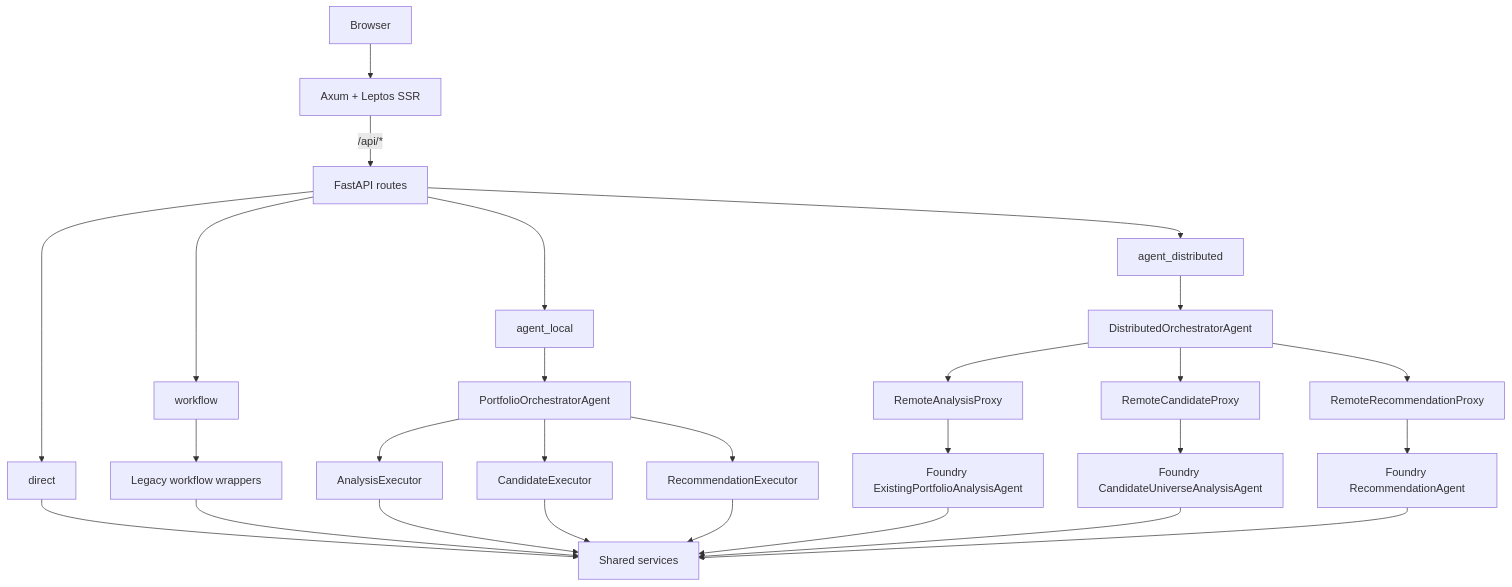
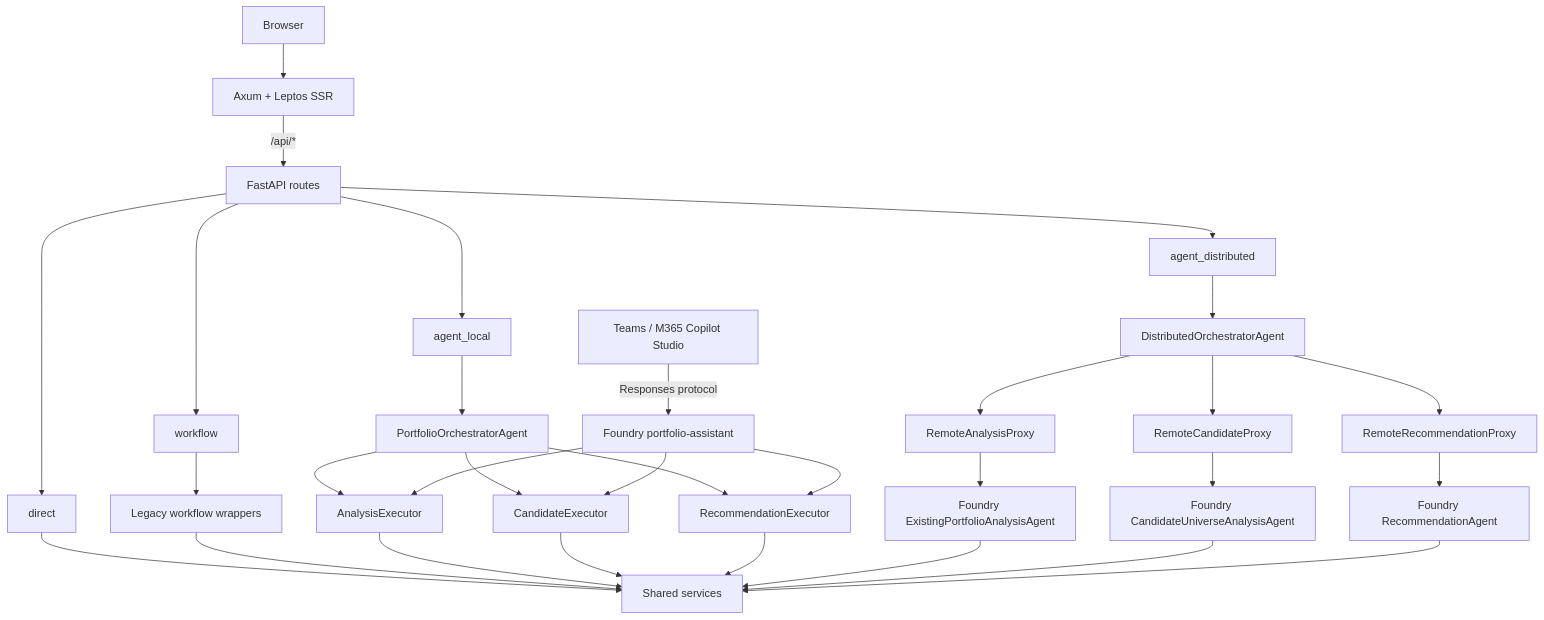
Before and after one commit to jplummer01/portfolio-analysis: the first of 5 diagrams in Documentation/agent-orchestration.md, drawn with Mermaid. The commit also changed 12 other files, not shown here.

````diff
--- a/Documentation/agent-orchestration.md
+++ b/Documentation/agent-orchestration.md
@@ -46,29 +46,33 @@
 ```mermaid
 flowchart TD
     A[Browser] --> B[Axum + Leptos SSR]
     B -->|/api/*| C[FastAPI routes]
     C --> D[direct]
     C --> E[workflow]
     C --> F[agent_local]
     C --> G[agent_distributed]
     D --> H[Shared services]
     E --> I[Legacy workflow wrappers]
     I --> H
     F --> J[PortfolioOrchestratorAgent]
     J --> K[AnalysisExecutor]
     J --> L[CandidateExecutor]
     J --> M[RecommendationExecutor]
     K --> H
     L --> H
     M --> H
     G --> N[DistributedOrchestratorAgent]
     N --> O[RemoteAnalysisProxy]
     N --> P[RemoteCandidateProxy]
     N --> Q[RemoteRecommendationProxy]
     O --> R[Foundry ExistingPortfolioAnalysisAgent]
     P --> S[Foundry CandidateUniverseAnalysisAgent]
     Q --> T[Foundry RecommendationAgent]
     R --> H
     S --> H
     T --> H
+    U[Teams / M365 Copilot Studio] -->|Responses protocol| V[Foundry portfolio-assistant]
+    V --> K
+    V --> L
+    V --> M
 ```
````
